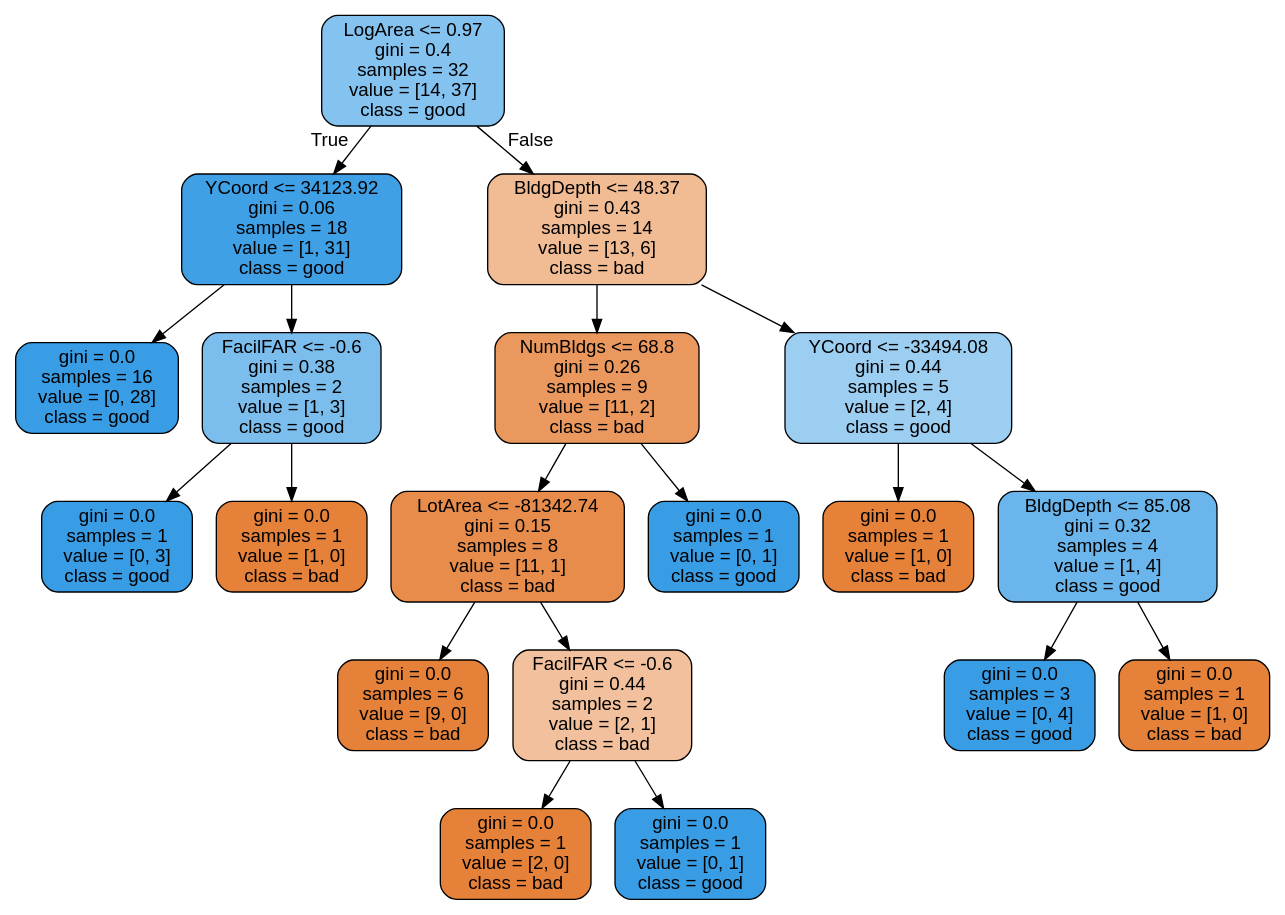
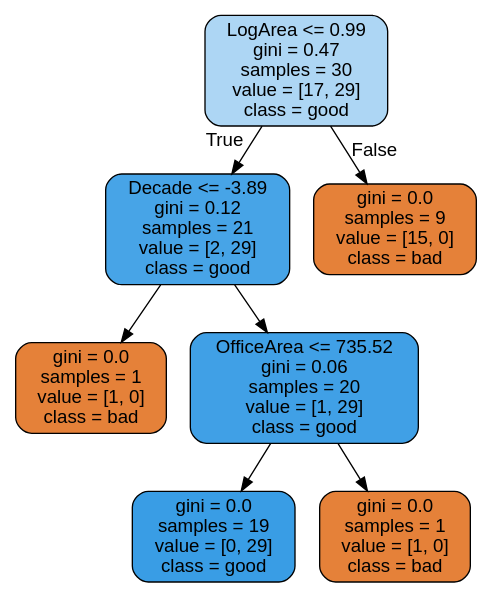
One commit to DThompson55/EdxCapstone changed the diagram in tree.dot. Above: the diagram before and after it, drawn with Graphviz. The commit also changed 2 other files, not shown here.

```diff
--- a/tree.dot
+++ b/tree.dot
@@ -1,41 +1,17 @@
 digraph Tree {
 node [shape=box, style="filled, rounded", color="black", fontname=helvetica] ;
 edge [fontname=helvetica] ;
-0 [label="LogArea <= 0.97\ngini = 0.4\nsamples = 32\nvalue = [14, 37]\nclass = good", fillcolor="#84c2ef"] ;
-1 [label="YCoord <= 34123.92\ngini = 0.06\nsamples = 18\nvalue = [1, 31]\nclass = good", fillcolor="#3fa0e6"] ;
+0 [label="LogArea <= 0.99\ngini = 0.47\nsamples = 30\nvalue = [17, 29]\nclass = good", fillcolor="#add6f4"] ;
+1 [label="Decade <= -3.89\ngini = 0.12\nsamples = 21\nvalue = [2, 29]\nclass = good", fillcolor="#47a4e7"] ;
 0 -> 1 [labeldistance=2.5, labelangle=45, headlabel="True"] ;
-2 [label="gini = 0.0\nsamples = 16\nvalue = [0, 28]\nclass = good", fillcolor="#399de5"] ;
+2 [label="gini = 0.0\nsamples = 1\nvalue = [1, 0]\nclass = bad", fillcolor="#e58139"] ;
 1 -> 2 ;
-3 [label="FacilFAR <= -0.6\ngini = 0.38\nsamples = 2\nvalue = [1, 3]\nclass = good", fillcolor="#7bbeee"] ;
+3 [label="OfficeArea <= 735.52\ngini = 0.06\nsamples = 20\nvalue = [1, 29]\nclass = good", fillcolor="#40a0e6"] ;
 1 -> 3 ;
-4 [label="gini = 0.0\nsamples = 1\nvalue = [0, 3]\nclass = good", fillcolor="#399de5"] ;
+4 [label="gini = 0.0\nsamples = 19\nvalue = [0, 29]\nclass = good", fillcolor="#399de5"] ;
 3 -> 4 ;
 5 [label="gini = 0.0\nsamples = 1\nvalue = [1, 0]\nclass = bad", fillcolor="#e58139"] ;
 3 -> 5 ;
-6 [label="BldgDepth <= 48.37\ngini = 0.43\nsamples = 14\nvalue = [13, 6]\nclass = bad", fillcolor="#f1bb94"] ;
+6 [label="gini = 0.0\nsamples = 9\nvalue = [15, 0]\nclass = bad", fillcolor="#e58139"] ;
 0 -> 6 [labeldistance=2.5, labelangle=-45, headlabel="False"] ;
-7 [label="NumBldgs <= 68.8\ngini = 0.26\nsamples = 9\nvalue = [11, 2]\nclass = bad", fillcolor="#ea985d"] ;
-6 -> 7 ;
-8 [label="LotArea <= -81342.74\ngini = 0.15\nsamples = 8\nvalue = [11, 1]\nclass = bad", fillcolor="#e78c4b"] ;
-7 -> 8 ;
-9 [label="gini = 0.0\nsamples = 6\nvalue = [9, 0]\nclass = bad", fillcolor="#e58139"] ;
-8 -> 9 ;
-10 [label="FacilFAR <= -0.6\ngini = 0.44\nsamples = 2\nvalue = [2, 1]\nclass = bad", fillcolor="#f2c09c"] ;
-8 -> 10 ;
-11 [label="gini = 0.0\nsamples = 1\nvalue = [2, 0]\nclass = bad", fillcolor="#e58139"] ;
-10 -> 11 ;
-12 [label="gini = 0.0\nsamples = 1\nvalue = [0, 1]\nclass = good", fillcolor="#399de5"] ;
-10 -> 12 ;
-13 [label="gini = 0.0\nsamples = 1\nvalue = [0, 1]\nclass = good", fillcolor="#399de5"] ;
-7 -> 13 ;
-14 [label="YCoord <= -33494.08\ngini = 0.44\nsamples = 5\nvalue = [2, 4]\nclass = good", fillcolor="#9ccef2"] ;
-6 -> 14 ;
-15 [label="gini = 0.0\nsamples = 1\nvalue = [1, 0]\nclass = bad", fillcolor="#e58139"] ;
-14 -> 15 ;
-16 [label="BldgDepth <= 85.08\ngini = 0.32\nsamples = 4\nvalue = [1, 4]\nclass = good", fillcolor="#6ab6ec"] ;
-14 -> 16 ;
-17 [label="gini = 0.0\nsamples = 3\nvalue = [0, 4]\nclass = good", fillcolor="#399de5"] ;
-16 -> 17 ;
-18 [label="gini = 0.0\nsamples = 1\nvalue = [1, 0]\nclass = bad", fillcolor="#e58139"] ;
-16 -> 18 ;
 }
```
